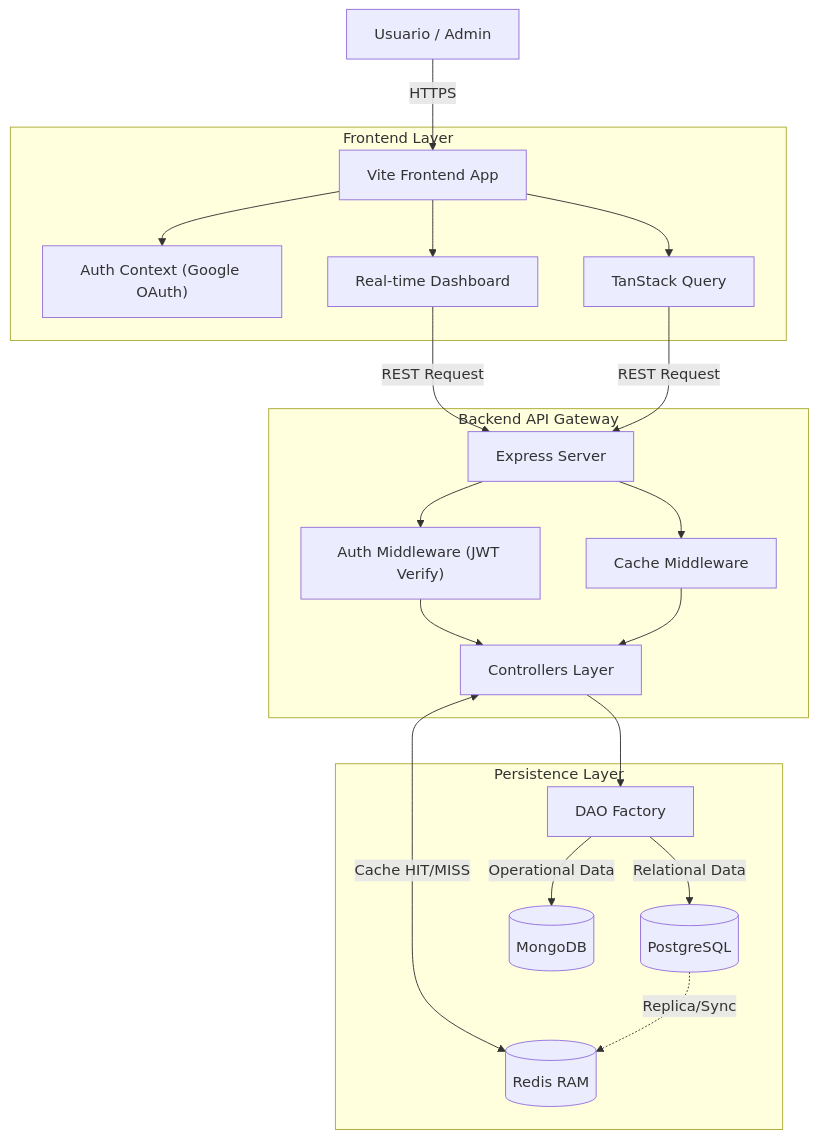
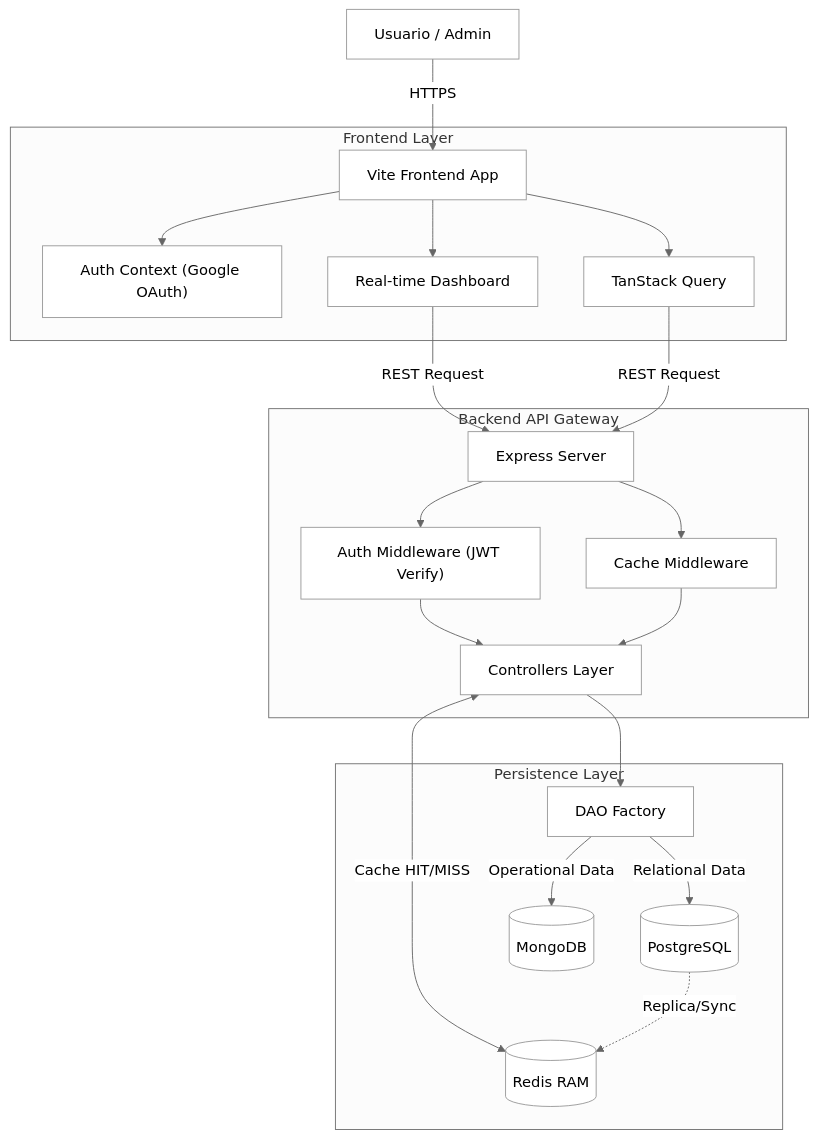
Before and after one commit to BryanS1996/Sistema_Laboratorios_Arqui: the first of 3 diagrams in README.md, drawn with Mermaid. The commit also changed other lines of this file, not shown here.

Commit message:
docs: Apply white background theme to mermaid diagrams

````diff
--- a/README.md
+++ b/README.md
@@ -57,32 +57,33 @@
 ```mermaid
+%%{init: {'theme': 'neutral', 'themeVariables': { 'background': '#FFFFFF', 'mainBkg': '#FFFFFF'}}}%%
 graph TD
     User["Usuario / Admin"] -->|HTTPS| Frontend["Vite Frontend App"]
     
     subgraph "Frontend Layer"
         Frontend --> AuthCtx["Auth Context (Google OAuth)"]
         Frontend --> Query["TanStack Query"]
         Frontend --> Polling["Real-time Dashboard"]
     end
     
     subgraph "Backend API Gateway"
         Polling -->|REST Request| API["Express Server"]
         Query -->|REST Request| API
         
         API --> AuthMw["Auth Middleware (JWT Verify)"]
         API --> CacheMw["Cache Middleware"]
         
         AuthMw --> Controllers["Controllers Layer"]
         CacheMw --> Controllers
     end
     
     subgraph "Persistence Layer"
         Controllers --> Factory["DAO Factory"]
         
         Factory -->|Relational Data| Postgres[("PostgreSQL")]
         Factory -->|Operational Data| MongoDB[("MongoDB")]
         
         Controllers <-->|"Cache HIT/MISS"| Redis[("Redis RAM")]
         
         Postgres -.->|"Replica/Sync"| Redis
     end
 ```
````
